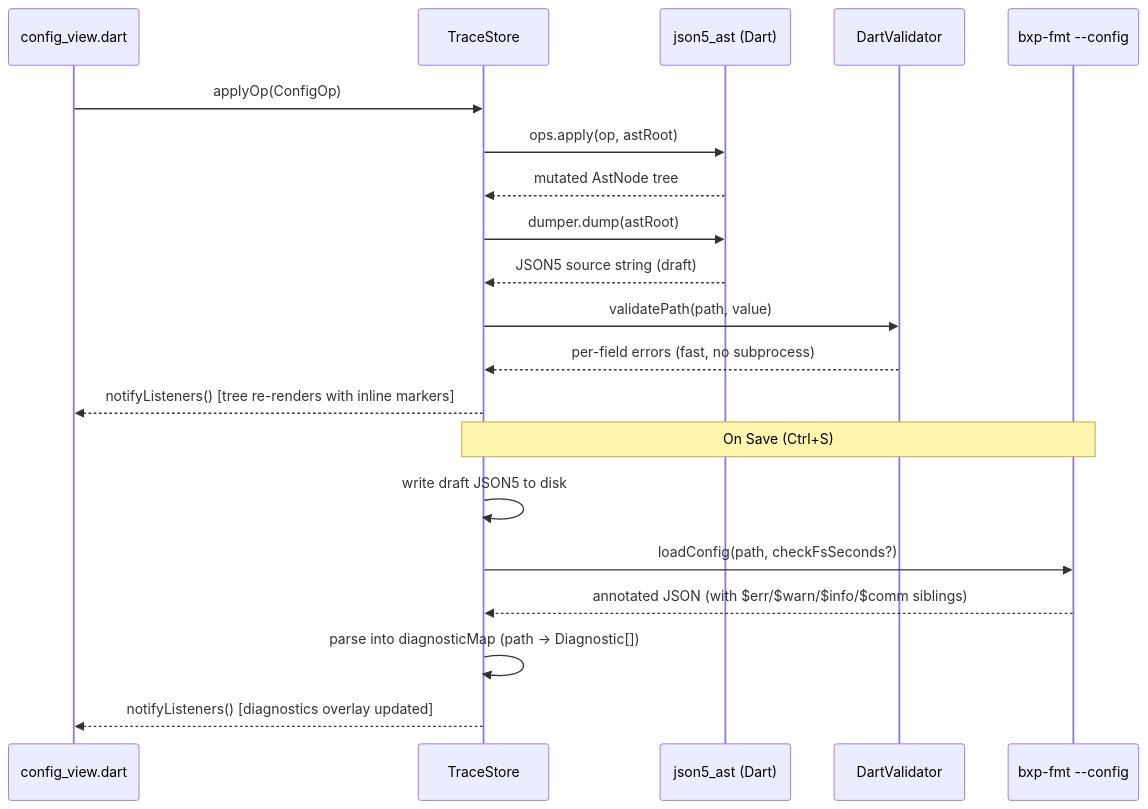
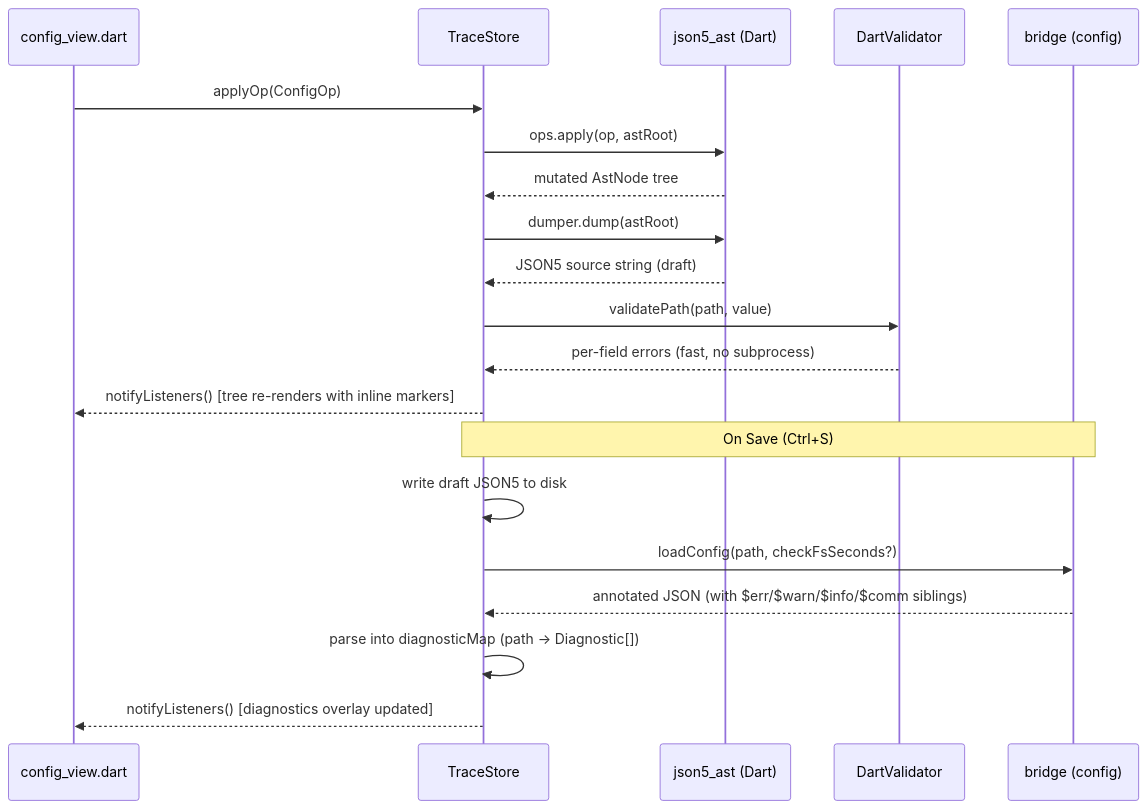
One commit to zaxified/bxp changed diagram 13 of 17 in docs/architecture.md. Above: the diagram before and after it, drawn with Mermaid. The commit also changed other lines of this file and 7 other files, not shown here.

First line of the commit message:
docs: rewrite developer + user docs off bxp-fmt onto inspect/mcp/bridge

````diff
--- a/docs/architecture.md
+++ b/docs/architecture.md
@@ -887,24 +887,24 @@
 ```mermaid
 sequenceDiagram
     participant UI as config_view.dart
     participant TS as TraceStore
     participant AST as json5_ast (Dart)
     participant DV as DartValidator
-    participant FMT as bxp-fmt --config
+    participant FMT as bridge (config)
 
     UI->>TS: applyOp(ConfigOp)
     TS->>AST: ops.apply(op, astRoot)
     AST-->>TS: mutated AstNode tree
     TS->>AST: dumper.dump(astRoot)
     AST-->>TS: JSON5 source string (draft)
     TS->>DV: validatePath(path, value)
     DV-->>TS: per-field errors (fast, no subprocess)
     TS-->>UI: notifyListeners() [tree re-renders with inline markers]
 
     Note over TS,FMT: On Save (Ctrl+S)
     TS->>TS: write draft JSON5 to disk
     TS->>FMT: loadConfig(path, checkFsSeconds?)
     FMT-->>TS: annotated JSON (with $err/$warn/$info/$comm siblings)
     TS->>TS: parse into diagnosticMap (path -> Diagnostic[])
     TS-->>UI: notifyListeners() [diagnostics overlay updated]
 ```
````
